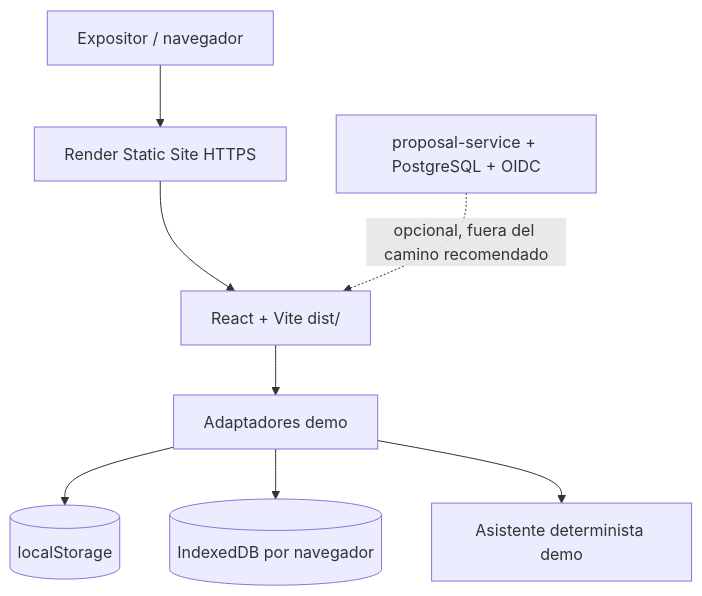
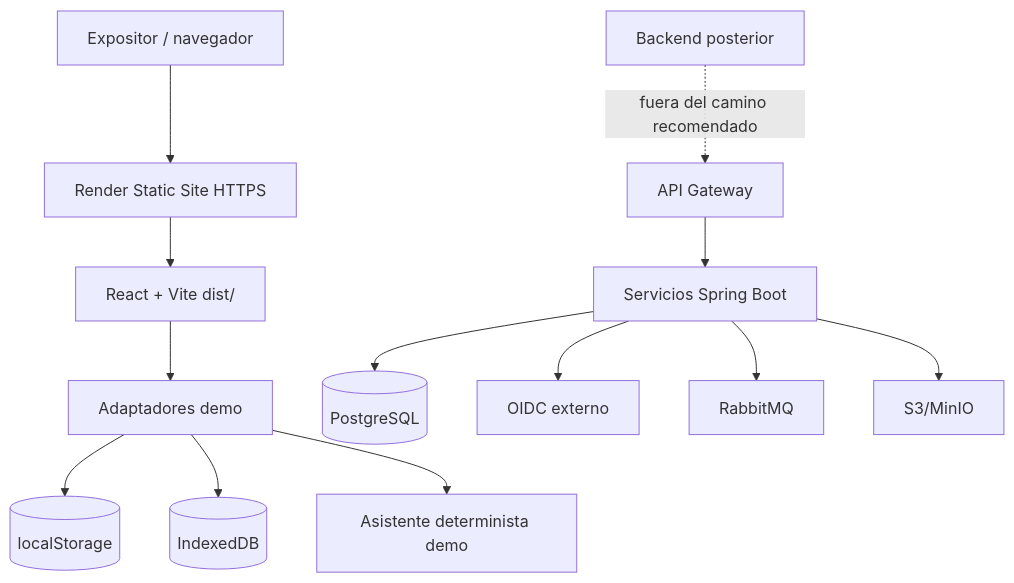
Before and after one commit to AxelMS01/InvestiTrack-AI: the second of 2 diagrams in ANALISIS_DEPLOY_RENDER.md, drawn with Mermaid. The commit also changed other lines of this file and 65 other files, not shown here.

First line of the commit message:
feat: update API URL to version 1 and enhance demo mode handling

````diff
--- a/ANALISIS_DEPLOY_RENDER.md
+++ b/ANALISIS_DEPLOY_RENDER.md
@@ -337,10 +324,15 @@
 ```mermaid
 flowchart TB
-  U[Expositor / navegador] --> R[Render Static Site HTTPS]
-  R --> APP[React + Vite dist/]
-  APP --> DEMO[Adaptadores demo]
-  DEMO --> LS[(localStorage)]
-  DEMO --> IDB[(IndexedDB por navegador)]
-  DEMO --> CHAT[Asistente determinista demo]
-  REAL[proposal-service + PostgreSQL + OIDC] -. opcional, fuera del camino recomendado .-> APP
+  User[Expositor / navegador] --> Render[Render Static Site HTTPS]
+  Render --> App[React + Vite dist/]
+  App --> Demo[Adaptadores demo]
+  Demo --> Storage[(localStorage)]
+  Demo --> Files[(IndexedDB)]
+  Demo --> Assistant[Asistente determinista demo]
+  Optional[Backend posterior] -. fuera del camino recomendado .-> Gateway[API Gateway]
+  Gateway --> Services[Servicios Spring Boot]
+  Services --> DB[(PostgreSQL)]
+  Services --> OIDC[OIDC externo]
+  Services --> Broker[RabbitMQ]
+  Services --> ObjectStore[S3/MinIO]
 ```
````
